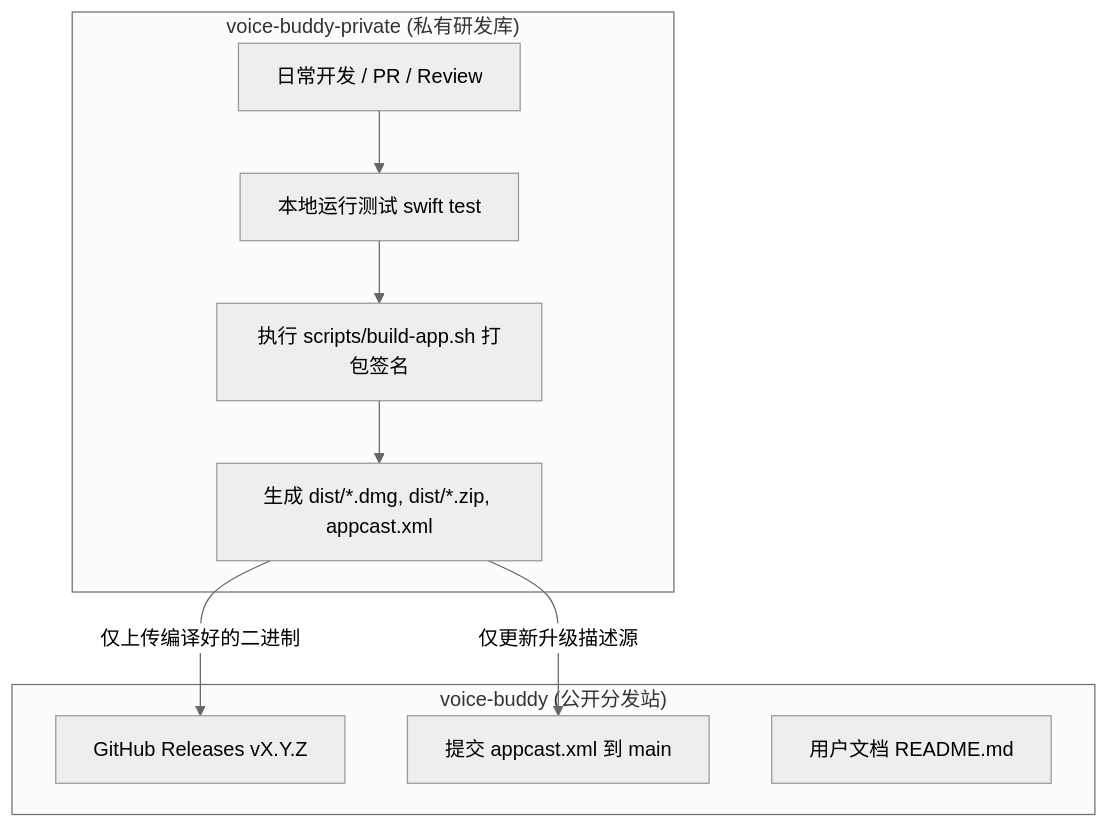
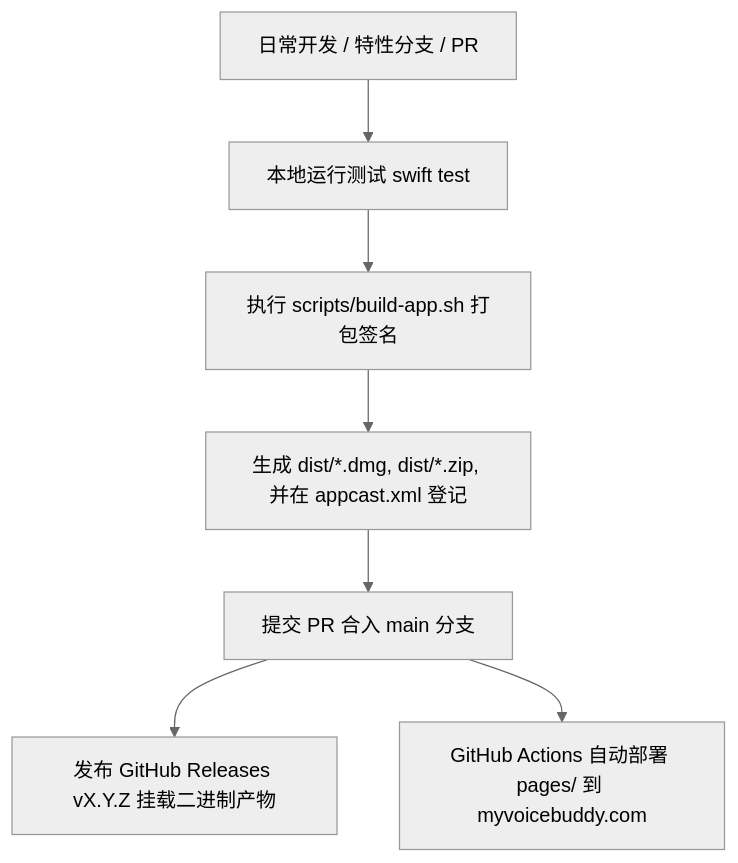
One commit to zfdang/voice-buddy changed the diagram in AGENTS.md. Above: the diagram before and after it, drawn with Mermaid (neutral theme). The commit also changed other lines of this file and 23 other files, not shown here.

Commit message:
feat(repo): integrate public repo content, landing pages, appcast, and public documentation

````diff
--- a/AGENTS.md
+++ b/AGENTS.md
@@ -42,14 +40,9 @@
 ```mermaid
 flowchart TD
-    subgraph Private["voice-buddy-private (私有研发库)"]
-        A[日常开发 / PR / Review] --> B[本地运行测试 swift test]
-        B --> C[执行 scripts/build-app.sh 打包签名]
-        C --> D[生成 dist/*.dmg, dist/*.zip, appcast.xml]
-    end
-
-    subgraph Public["voice-buddy (公开分发站)"]
-        D -- "仅上传编译好的二进制" --> E[GitHub Releases vX.Y.Z]
-        D -- "仅更新升级描述源" --> F[提交 appcast.xml 到 main]
-        G[用户文档 README.md]
-    end
+    A[日常开发 / 特性分支 / PR] --> B[本地运行测试 swift test]
+    B --> C[执行 scripts/build-app.sh 打包签名]
+    C --> D[生成 dist/*.dmg, dist/*.zip, 并在 appcast.xml 登记]
+    D --> E[提交 PR 合入 main 分支]
+    E --> F[发布 GitHub Releases vX.Y.Z 挂载二进制产物]
+    E --> G[GitHub Actions 自动部署 pages/ 到 myvoicebuddy.com]
 ```
````
